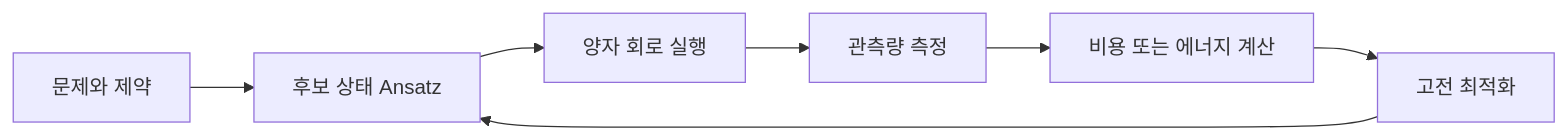
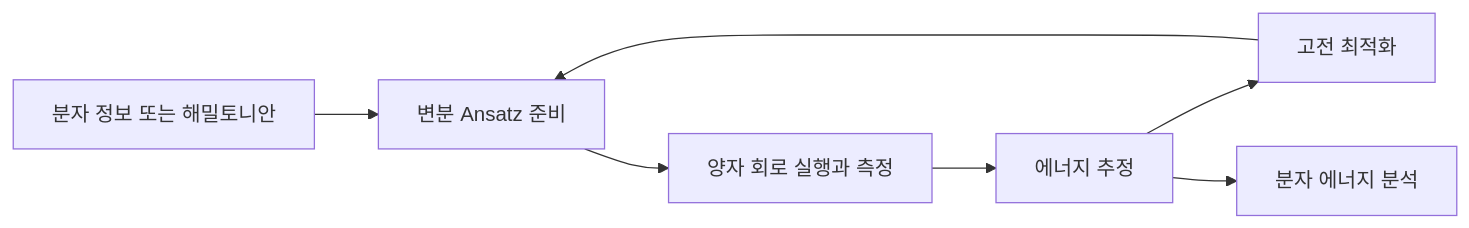
One commit to umyunsang/edu changed the diagram in ComputerScience/03_ai-ml-data/quantum-lecture/notes/03-1. 화학 알고리즘 소개 — VQA.md. Above: the diagram before and after it, drawn with Mermaid. The commit also changed other lines of this file and 2 other files, not shown here.

````diff
--- a/ComputerScience/03_ai-ml-data/quantum-lecture/notes/03-1. 화학 알고리즘 소개 — VQA.md
+++ b/ComputerScience/03_ai-ml-data/quantum-lecture/notes/03-1. 화학 알고리즘 소개 — VQA.md
@@ -34,9 +43,9 @@
 ```mermaid
 flowchart LR
-  P["문제와 제약"] --> A["후보 상태 Ansatz"]
-  A --> Q["양자 회로 실행"]
-  Q --> M["관측량 측정"]
-  M --> C["비용 또는 에너지 계산"]
-  C --> O["고전 최적화"]
-  O --> A
+    M["분자 정보 또는 해밀토니안"] --> A["변분 Ansatz 준비"]
+    A --> Q["양자 회로 실행과 측정"]
+    Q --> E["에너지 추정"]
+    E --> C["고전 최적화"]
+    C --> A
+    E --> R["분자 에너지 분석"]
 ```
````
